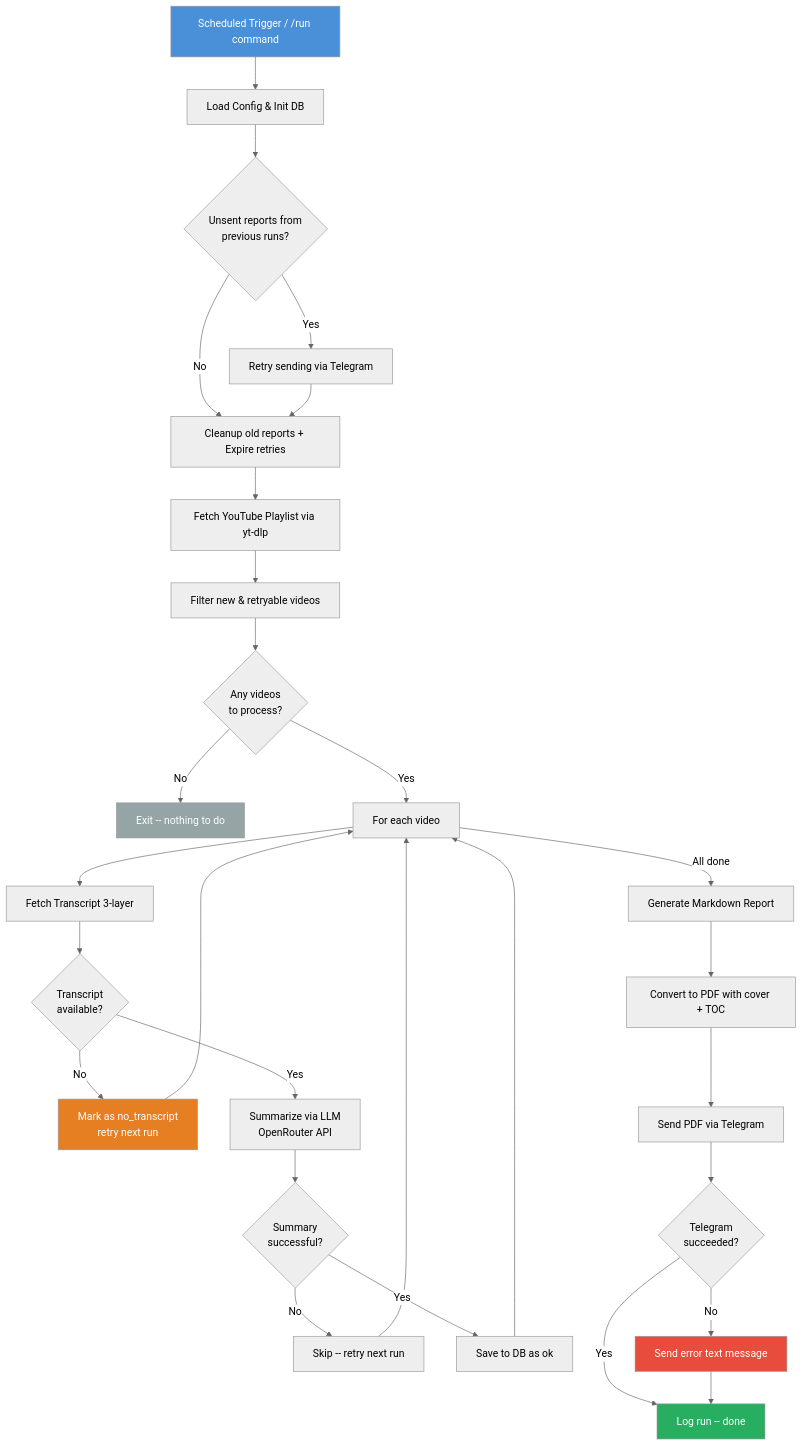
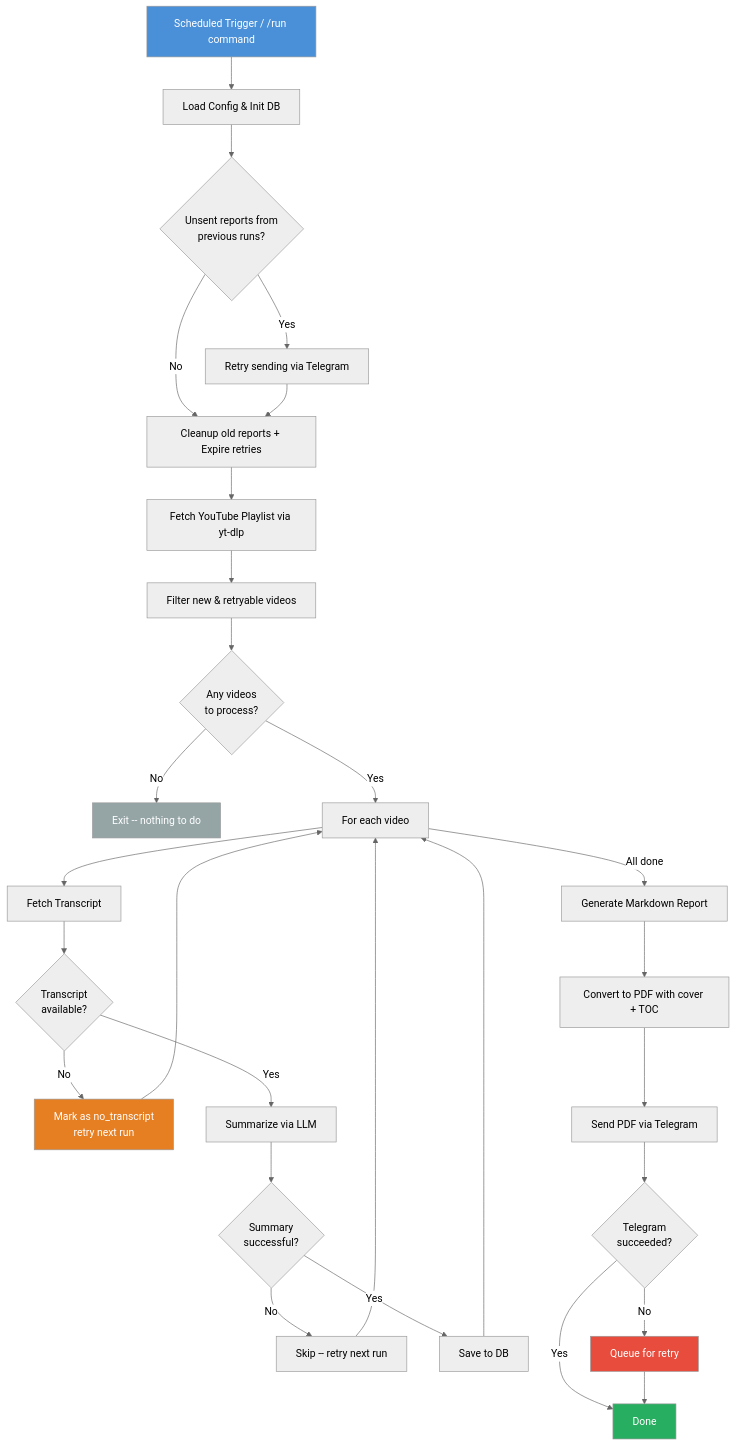
The first of 2 diagrams in README.md (aliyenidede/vis), drawn with Mermaid (neutral theme) before and after one commit. The commit also changed other lines of this file and 1 other file, not shown here.

````diff
--- a/README.md
+++ b/README.md
@@ -7,39 +92,39 @@
 ```mermaid
 flowchart TD
     A[Scheduled Trigger / /run command] --> B[Load Config & Init DB]
     B --> C{Unsent reports from\nprevious runs?}
     C -->|Yes| D[Retry sending via Telegram]
     C -->|No| E[Cleanup old reports + Expire retries]
     D --> E
     E --> F[Fetch YouTube Playlist via yt-dlp]
     F --> G[Filter new & retryable videos]
     G --> H{Any videos\nto process?}
     H -->|No| Z[Exit -- nothing to do]
     H -->|Yes| I[For each video]
 
-    I --> J[Fetch Transcript 3-layer]
+    I --> J[Fetch Transcript]
     J --> K{Transcript\navailable?}
     K -->|No| L[Mark as no_transcript\nretry next run]
-    K -->|Yes| M[Summarize via LLM\nOpenRouter API]
+    K -->|Yes| M[Summarize via LLM]
     M --> N{Summary\nsuccessful?}
     N -->|No| O[Skip -- retry next run]
-    N -->|Yes| P[Save to DB as ok]
+    N -->|Yes| P[Save to DB]
 
     L --> I
     O --> I
     P --> I
 
     I -->|All done| Q[Generate Markdown Report]
     Q --> R[Convert to PDF with cover + TOC]
     R --> S[Send PDF via Telegram]
     S --> T{Telegram\nsucceeded?}
-    T -->|Yes| U[Log run -- done]
-    T -->|No| V[Send error text message]
+    T -->|Yes| U[Done]
+    T -->|No| V[Queue for retry]
     V --> U
 
     style A fill:#4a90d9,color:#fff
     style Z fill:#95a5a6,color:#fff
     style U fill:#27ae60,color:#fff
     style L fill:#e67e22,color:#fff
     style V fill:#e74c3c,color:#fff
 ```
````
